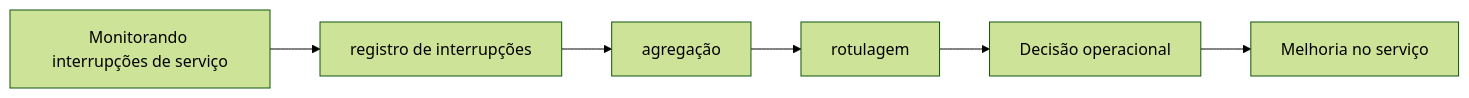
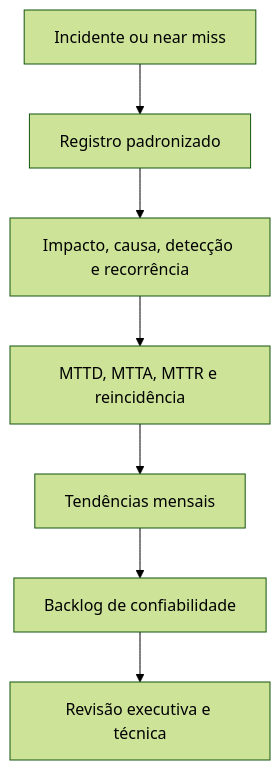
The diagram in docs/capitulos/capitulo-10.md (rafaelrezo/curso-engenharia-confiabilidade), drawn with Mermaid (forest theme) before and after one commit. The commit also changed other lines of this file and 31 other files, not shown here.

````diff
--- a/docs/capitulos/capitulo-10.md
+++ b/docs/capitulos/capitulo-10.md
@@ -109,8 +141,9 @@
 ```mermaid
-flowchart LR
-    Tema["Monitorando interrupções de serviço"] --> C1["registro de interrupções"]
-    C1 --> C2["agregação"]
-    C2 --> C3["rotulagem"]
-    C3 --> Decisao["Decisão operacional"]
-    Decisao --> Acao["Melhoria no serviço"]
+flowchart TD
+    Evento["Incidente ou near miss"] --> Registro["Registro padronizado"]
+    Registro --> Rotulos["Impacto, causa, detecção e recorrência"]
+    Rotulos --> Metricas["MTTD, MTTA, MTTR e reincidência"]
+    Metricas --> Tendencia["Tendências mensais"]
+    Tendencia --> Backlog["Backlog de confiabilidade"]
+    Backlog --> Revisao["Revisão executiva e técnica"]
 ```
````
